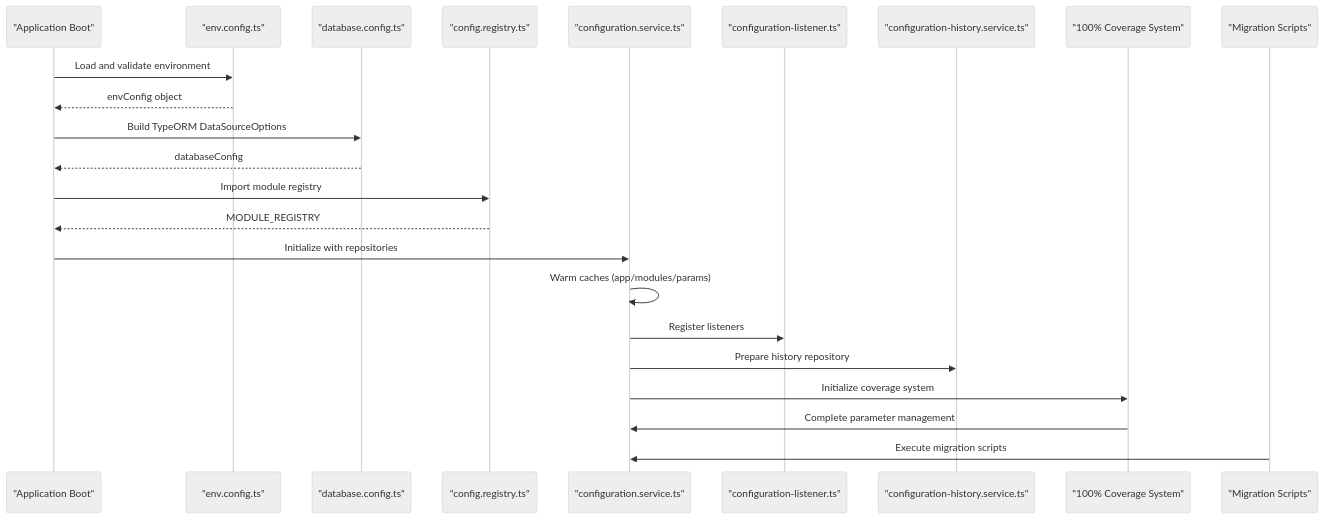
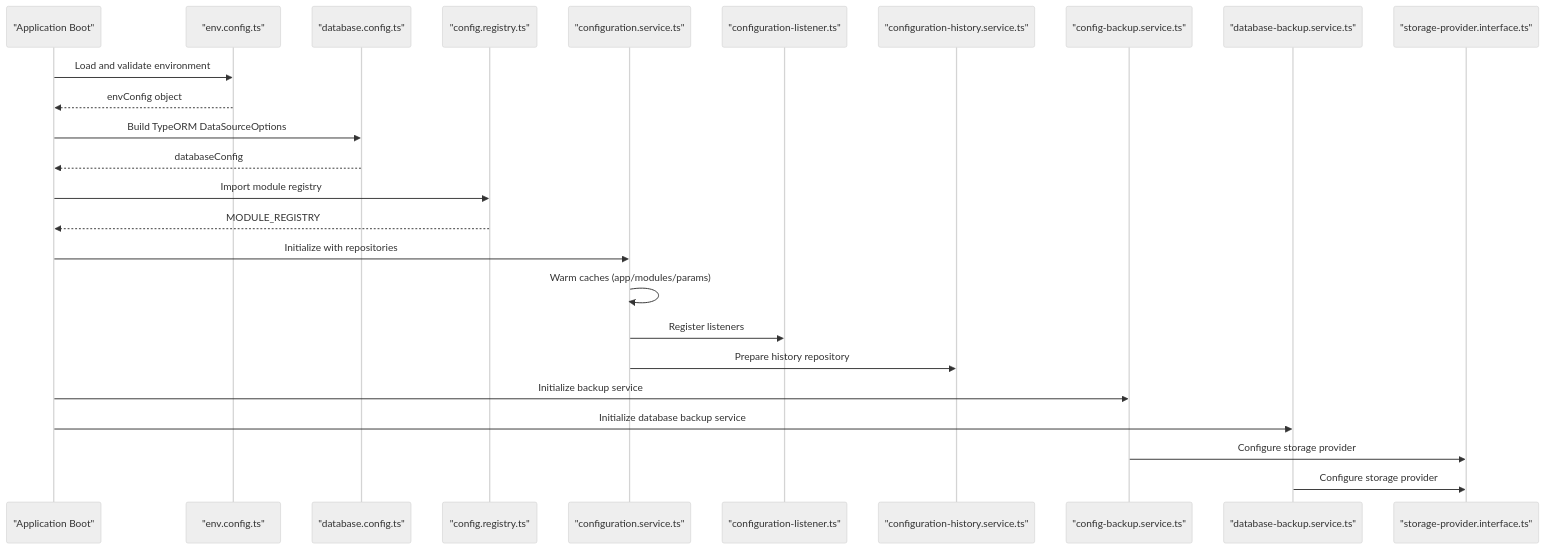
One commit to franckylab/eLISAschool changed the second of 16 diagrams in .qoder/repowiki/en/content/Configuration & Environment Management.md. Above: the diagram before and after it, drawn with Mermaid (neutral theme). The commit also changed other lines of this file and 254 other files, not shown here.

````diff
--- a/.qoder/repowiki/en/content/Configuration & Environment Management.md
+++ b/.qoder/repowiki/en/content/Configuration & Environment Management.md
@@ -137,25 +179,27 @@
 ```mermaid
 sequenceDiagram
 participant Boot as "Application Boot"
 participant Env as "env.config.ts"
 participant DB as "database.config.ts"
 participant Reg as "config.registry.ts"
 participant Svc as "configuration.service.ts"
 participant Lsn as "configuration-listener.ts"
 participant His as "configuration-history.service.ts"
-participant Cov as "100% Coverage System"
-participant Mig as "Migration Scripts"
+participant BackupSvc as "config-backup.service.ts"
+participant DBBackupSvc as "database-backup.service.ts"
+participant Storage as "storage-provider.interface.ts"
 Boot->>Env : Load and validate environment
 Env-->>Boot : envConfig object
 Boot->>DB : Build TypeORM DataSourceOptions
 DB-->>Boot : databaseConfig
 Boot->>Reg : Import module registry
 Reg-->>Boot : MODULE_REGISTRY
 Boot->>Svc : Initialize with repositories
 Svc->>Svc : Warm caches (app/modules/params)
 Svc->>Lsn : Register listeners
 Svc->>His : Prepare history repository
-Svc->>Cov : Initialize coverage system
-Cov->>Svc : Complete parameter management
-Mig->>Svc : Execute migration scripts
+Boot->>BackupSvc : Initialize backup service
+Boot->>DBBackupSvc : Initialize database backup service
+BackupSvc->>Storage : Configure storage provider
+DBBackupSvc->>Storage : Configure storage provider
 ```
````
